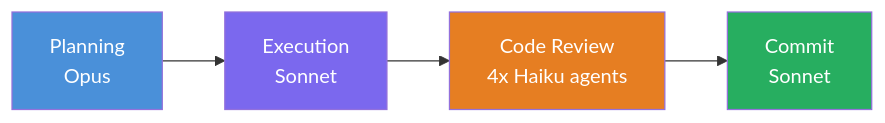
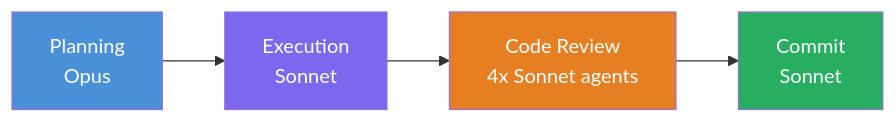
One commit to ryanjosebrosas/original-coding-system-claude changed the sixth of 9 diagrams in README.md. Above: the diagram before and after it, drawn with Mermaid. The commit also changed other lines of this file, not shown here.

First line of the commit message:
docs(readme): fix stale Haiku model references — all agents are Sonnet

````diff
--- a/README.md
+++ b/README.md
@@ -272,11 +272,11 @@
 ```mermaid
 graph LR
     PLAN["Planning<br/>Opus"] --> EXEC["Execution<br/>Sonnet"]
-    EXEC --> REV["Code Review<br/>4x Haiku agents"]
+    EXEC --> REV["Code Review<br/>4x Sonnet agents"]
     REV --> COM["Commit<br/>Sonnet"]
 
     style PLAN fill:#4a90d9,color:#fff
     style EXEC fill:#7b68ee,color:#fff
     style REV fill:#e67e22,color:#fff
     style COM fill:#27ae60,color:#fff
 ```
````
